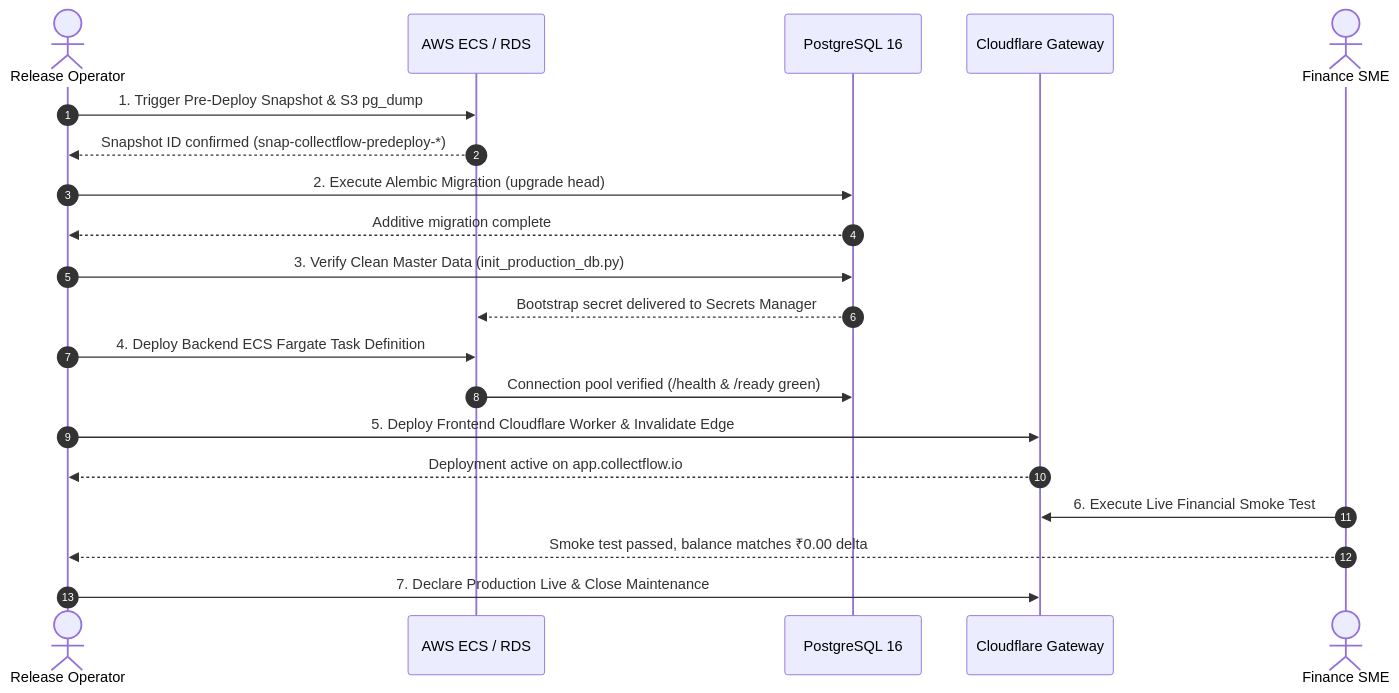
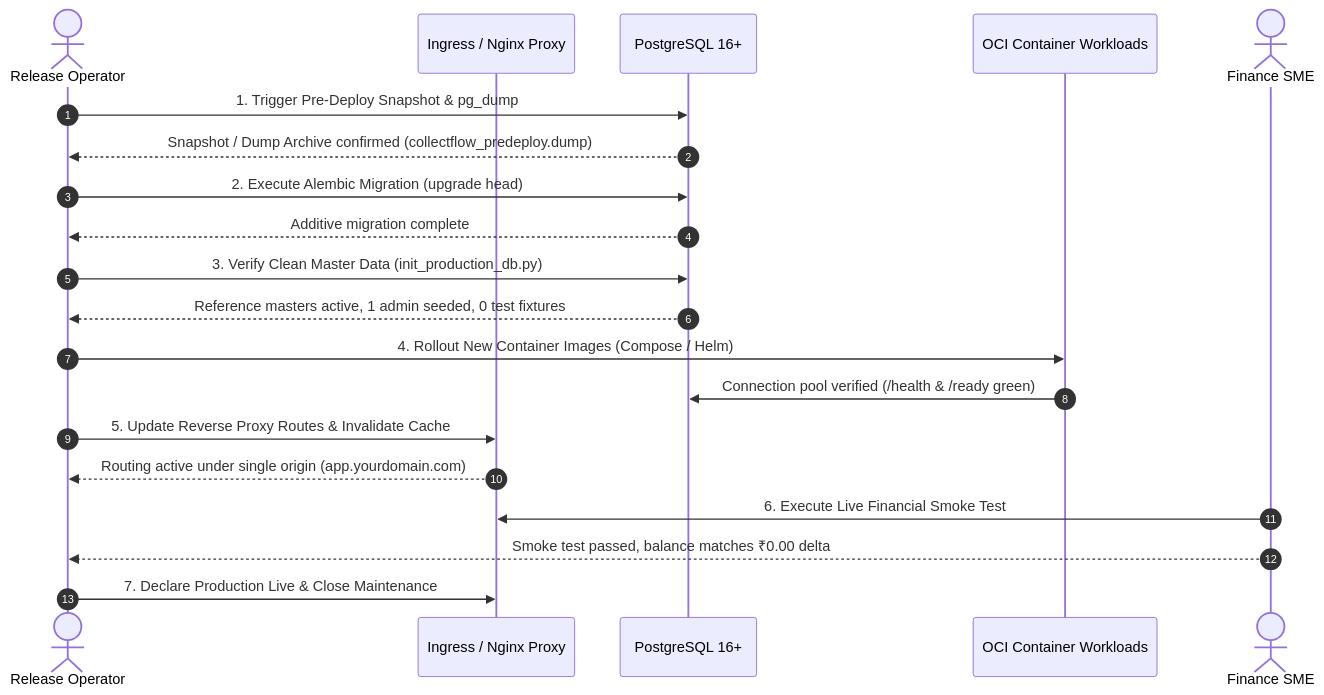
Before and after one commit to AnishB-Personal/collectflow: the first of 2 diagrams in docs/runbooks/COLLECTFLOW_RELEASE_AND_ROLLBACK_RUNBOOK.md, drawn with Mermaid. The commit also changed other lines of this file and 3 other files, not shown here.

Commit message:
docs(preflight): establish cloud-agnostic and on-premises release architecture

````diff
--- a/docs/runbooks/COLLECTFLOW_RELEASE_AND_ROLLBACK_RUNBOOK.md
+++ b/docs/runbooks/COLLECTFLOW_RELEASE_AND_ROLLBACK_RUNBOOK.md
@@ -75,23 +78,23 @@
 ```mermaid
 sequenceDiagram
     autonumber
     actor DevOps as Release Operator
-    participant AWS as AWS ECS / RDS
-    participant PG as PostgreSQL 16
-    participant CF as Cloudflare Gateway
+    participant Ingress as Ingress / Nginx Proxy
+    participant PG as PostgreSQL 16+
+    participant Workloads as OCI Container Workloads
     actor Fin as Finance SME
 
-    DevOps->>AWS: 1. Trigger Pre-Deploy Snapshot & S3 pg_dump
-    AWS-->>DevOps: Snapshot ID confirmed (snap-collectflow-predeploy-*)
+    DevOps->>PG: 1. Trigger Pre-Deploy Snapshot & pg_dump
+    PG-->>DevOps: Snapshot / Dump Archive confirmed (collectflow_predeploy.dump)
     DevOps->>PG: 2. Execute Alembic Migration (upgrade head)
     PG-->>DevOps: Additive migration complete
     DevOps->>PG: 3. Verify Clean Master Data (init_production_db.py)
-    PG-->>AWS: Bootstrap secret delivered to Secrets Manager
-    DevOps->>AWS: 4. Deploy Backend ECS Fargate Task Definition
-    AWS->>PG: Connection pool verified (/health & /ready green)
-    DevOps->>CF: 5. Deploy Frontend Cloudflare Worker & Invalidate Edge
-    CF-->>DevOps: Deployment active on app.collectflow.io
-    Fin->>CF: 6. Execute Live Financial Smoke Test
+    PG-->>DevOps: Reference masters active, 1 admin seeded, 0 test fixtures
+    DevOps->>Workloads: 4. Rollout New Container Images (Compose / Helm)
+    Workloads->>PG: Connection pool verified (/health & /ready green)
+    DevOps->>Ingress: 5. Update Reverse Proxy Routes & Invalidate Cache
+    Ingress-->>DevOps: Routing active under single origin (app.yourdomain.com)
+    Fin->>Ingress: 6. Execute Live Financial Smoke Test
     Fin-->>DevOps: Smoke test passed, balance matches ₹0.00 delta
-    DevOps->>CF: 7. Declare Production Live & Close Maintenance
+    DevOps->>Ingress: 7. Declare Production Live & Close Maintenance
 ```
````
